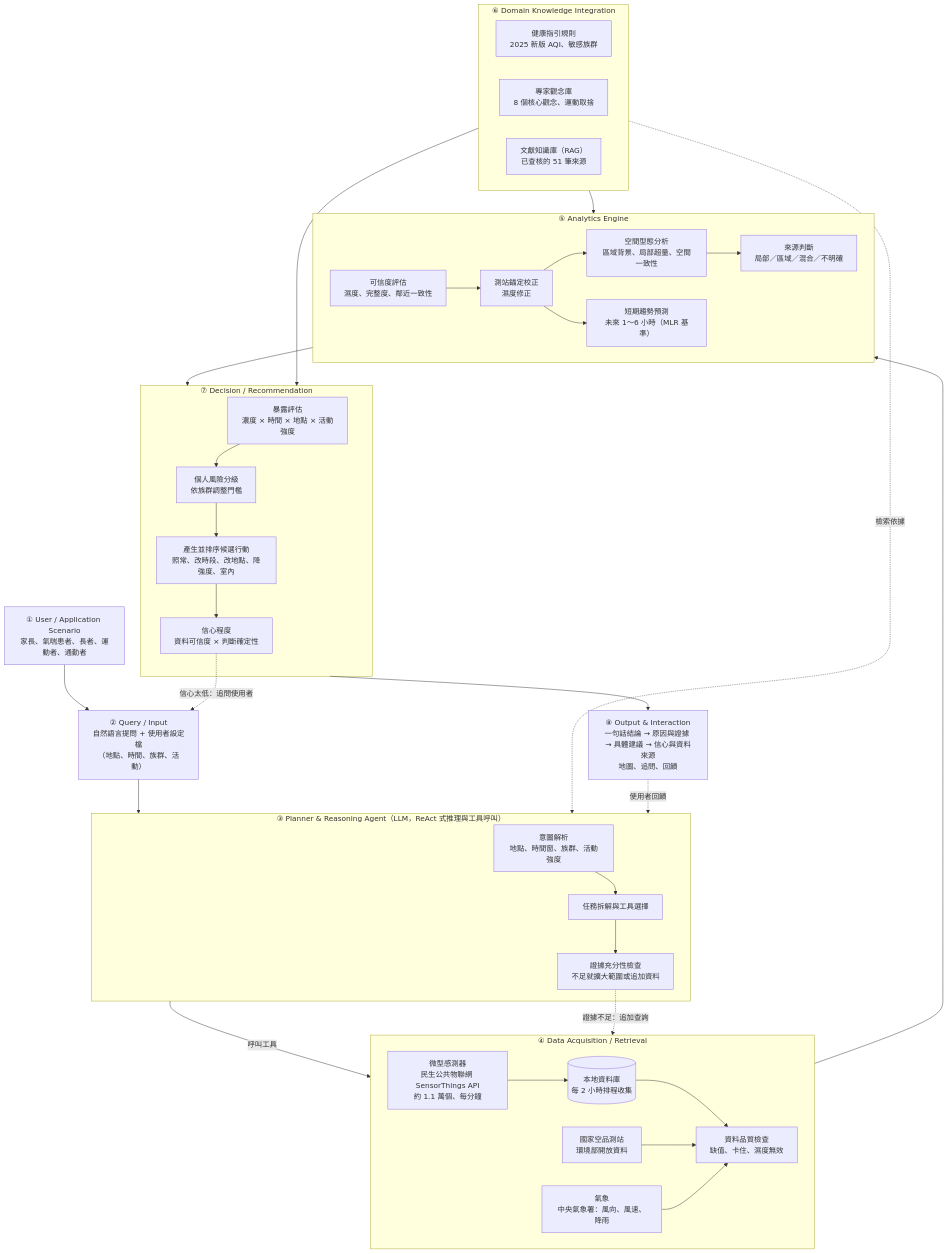
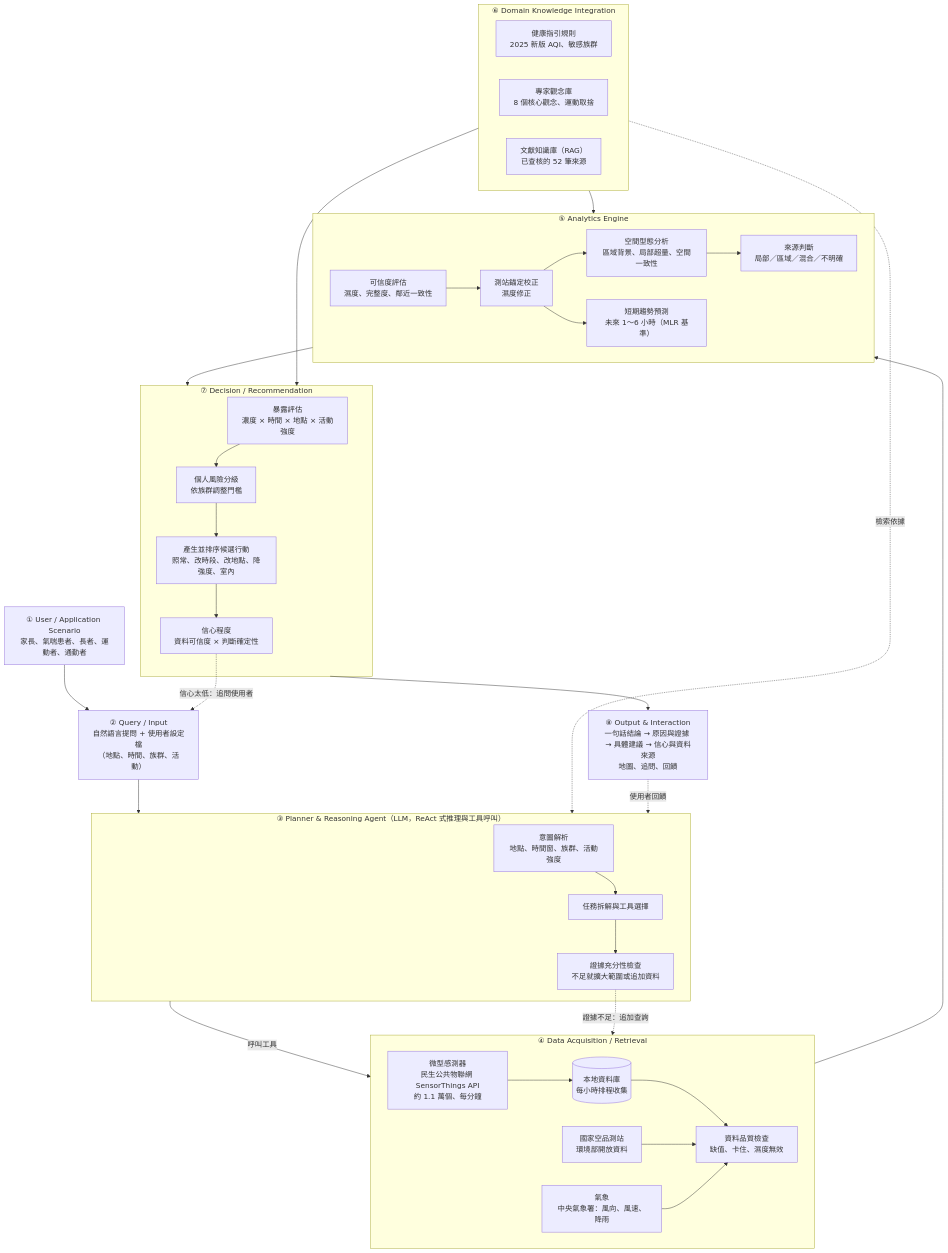
One commit to A0966411725-png/AirSleuth changed the diagram in diagrams/architecture.mmd. Above: the diagram before and after it, drawn with Mermaid. The commit also changed 20 other files, not shown here.

```diff
--- a/diagrams/architecture.mmd
+++ b/diagrams/architecture.mmd
@@ -1,61 +1,61 @@
 %% AirSleuth System Architecture（模組編號 ①～⑧，與 DESIGN.md 第 4 節一致）
 flowchart TB
     U["① User / Application Scenario<br/>家長、氣喘患者、長者、運動者、通勤者"]
     Q["② Query / Input<br/>自然語言提問 + 使用者設定檔<br/>（地點、時間、族群、活動）"]
 
     subgraph AGENT["③ Planner & Reasoning Agent（LLM，ReAct 式推理與工具呼叫）"]
         P1["意圖解析<br/>地點、時間窗、族群、活動強度"]
         P2["任務拆解與工具選擇"]
         P3["證據充分性檢查<br/>不足就擴大範圍或追加資料"]
         P1 --> P2 --> P3
     end
 
     subgraph DATA["④ Data Acquisition / Retrieval"]
         D1["微型感測器<br/>民生公共物聯網 SensorThings API<br/>約 1.1 萬個、每分鐘"]
         D2["國家空品測站<br/>環境部開放資料"]
         D3["氣象<br/>中央氣象署：風向、風速、降雨"]
-        D4[("本地資料庫<br/>每 2 小時排程收集")]
+        D4[("本地資料庫<br/>每小時排程收集")]
         D5["資料品質檢查<br/>缺值、卡住、濕度無效"]
         D1 --> D4
         D4 --> D5
         D2 --> D5
         D3 --> D5
     end
 
     subgraph ANALYTICS["⑤ Analytics Engine"]
         A1["可信度評估<br/>濕度、完整度、鄰近一致性"]
         A2["測站錨定校正<br/>濕度修正"]
         A3["空間型態分析<br/>區域背景、局部超量、空間一致性"]
         A4["來源判斷<br/>局部／區域／混合／不明確"]
         A5["短期趨勢預測<br/>未來 1～6 小時（MLR 基準）"]
         A1 --> A2 --> A3 --> A4
         A2 --> A5
     end
 
     subgraph KNOW["⑥ Domain Knowledge Integration"]
         K1["健康指引規則<br/>2025 新版 AQI、敏感族群"]
         K2["專家觀念庫<br/>8 個核心觀念、運動取捨"]
-        K3["文獻知識庫（RAG）<br/>已查核的 51 筆來源"]
+        K3["文獻知識庫（RAG）<br/>已查核的 52 筆來源"]
     end
 
     subgraph DECIDE["⑦ Decision / Recommendation"]
         R1["暴露評估<br/>濃度 × 時間 × 地點 × 活動強度"]
         R2["個人風險分級<br/>依族群調整門檻"]
         R3["產生並排序候選行動<br/>照常、改時段、改地點、降強度、室內"]
         R4["信心程度<br/>資料可信度 × 判斷確定性"]
         R1 --> R2 --> R3 --> R4
     end
 
     O["⑧ Output & Interaction<br/>一句話結論 → 原因與證據 → 具體建議 → 信心與資料來源<br/>地圖、追問、回饋"]
 
     U --> Q --> AGENT
     AGENT -->|呼叫工具| DATA
     DATA --> ANALYTICS
     ANALYTICS --> DECIDE
     KNOW --> ANALYTICS
     KNOW --> DECIDE
     KNOW -.檢索依據.-> AGENT
     DECIDE --> O
     P3 -.證據不足：追加查詢.-> DATA
     R4 -.信心太低：追問使用者.-> Q
     O -.使用者回饋.-> AGENT
```
